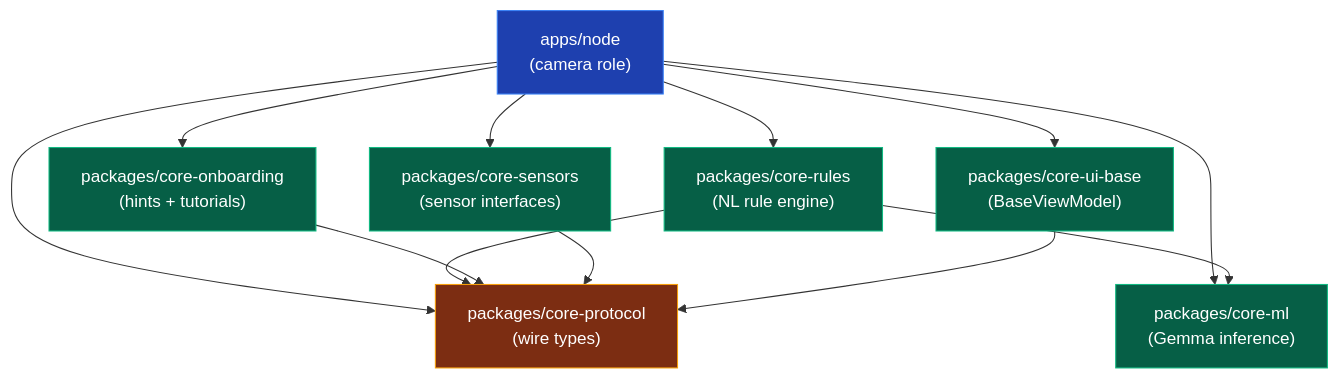
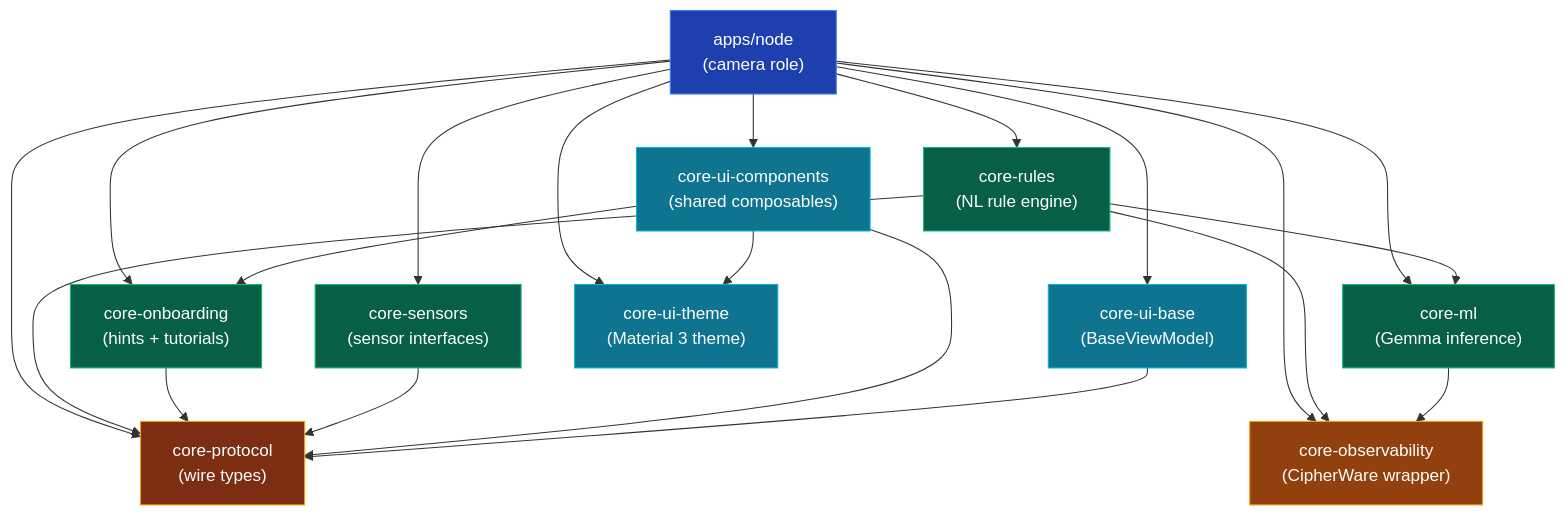
One commit to DigitalGnosis/atalaya changed the first of 2 diagrams in docs/MODULE-MAP.md. Above: the diagram before and after it, drawn with Mermaid. The commit also changed other lines of this file and 7 other files, not shown here.

First line of the commit message:
docs(phase-1): add core-ui-theme, core-ui-components, core-observability + Phase 2 module preview

````diff
--- a/docs/MODULE-MAP.md
+++ b/docs/MODULE-MAP.md
@@ -7,29 +7,46 @@
 ```mermaid
 graph TD
     classDef app fill:#1e40af,stroke:#3b82f6,color:#fff
     classDef pkg fill:#065f46,stroke:#10b981,color:#fff
+    classDef ui fill:#0e7490,stroke:#06b6d4,color:#fff
+    classDef obs fill:#92400e,stroke:#f59e0b,color:#fff
     classDef leaf fill:#7c2d12,stroke:#f59e0b,color:#fff
 
     Node["apps/node<br/>(camera role)"]:::app
 
-    Onboarding["packages/core-onboarding<br/>(hints + tutorials)"]:::pkg
-    Rules["packages/core-rules<br/>(NL rule engine)"]:::pkg
-    ML["packages/core-ml<br/>(Gemma inference)"]:::pkg
-    Sensors["packages/core-sensors<br/>(sensor interfaces)"]:::pkg
-    UIBase["packages/core-ui-base<br/>(BaseViewModel)"]:::pkg
-    Protocol["packages/core-protocol<br/>(wire types)"]:::leaf
+    Onboarding["core-onboarding<br/>(hints + tutorials)"]:::pkg
+    Rules["core-rules<br/>(NL rule engine)"]:::pkg
+    ML["core-ml<br/>(Gemma inference)"]:::pkg
+    Sensors["core-sensors<br/>(sensor interfaces)"]:::pkg
+    Observability["core-observability<br/>(CipherWare wrapper)"]:::obs
+    UIBase["core-ui-base<br/>(BaseViewModel)"]:::ui
+    UITheme["core-ui-theme<br/>(Material 3 theme)"]:::ui
+    UIComp["core-ui-components<br/>(shared composables)"]:::ui
+    Protocol["core-protocol<br/>(wire types)"]:::leaf
 
     Node --> Onboarding
     Node --> Rules
     Node --> ML
     Node --> Sensors
+    Node --> Observability
     Node --> UIBase
+    Node --> UITheme
+    Node --> UIComp
     Node --> Protocol
 
     Rules --> Protocol
     Rules --> ML
+    Rules --> Observability
+
+    ML --> Observability
 
     Onboarding --> Protocol
+
     Sensors --> Protocol
+
+    UIComp --> UITheme
+    UIComp --> Onboarding
+    UIComp --> Protocol
+
     UIBase --> Protocol
 ```
````
